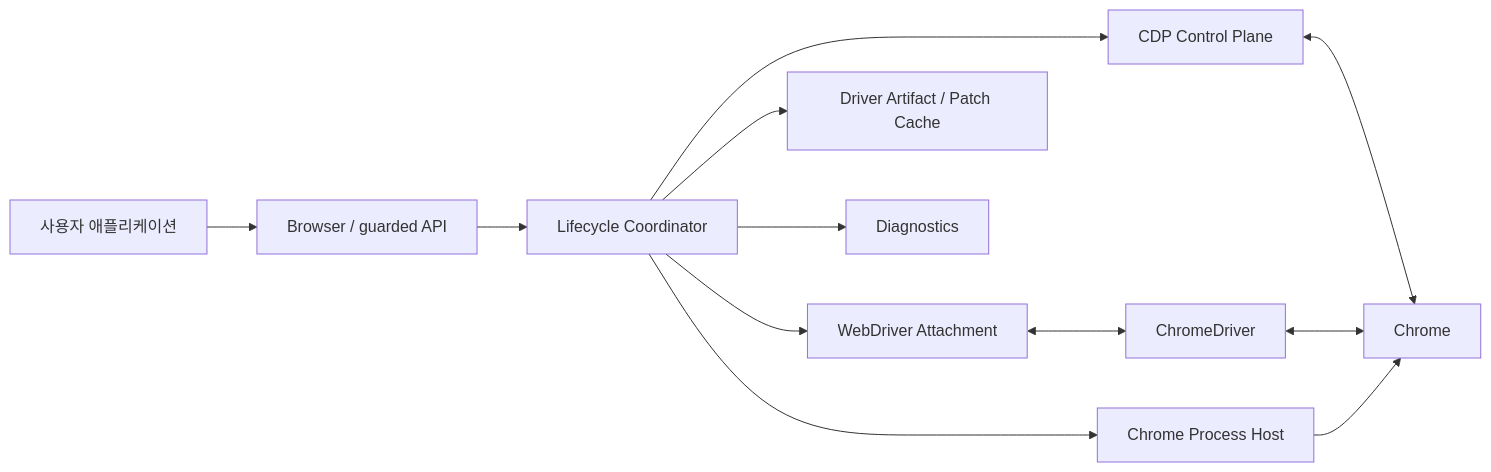
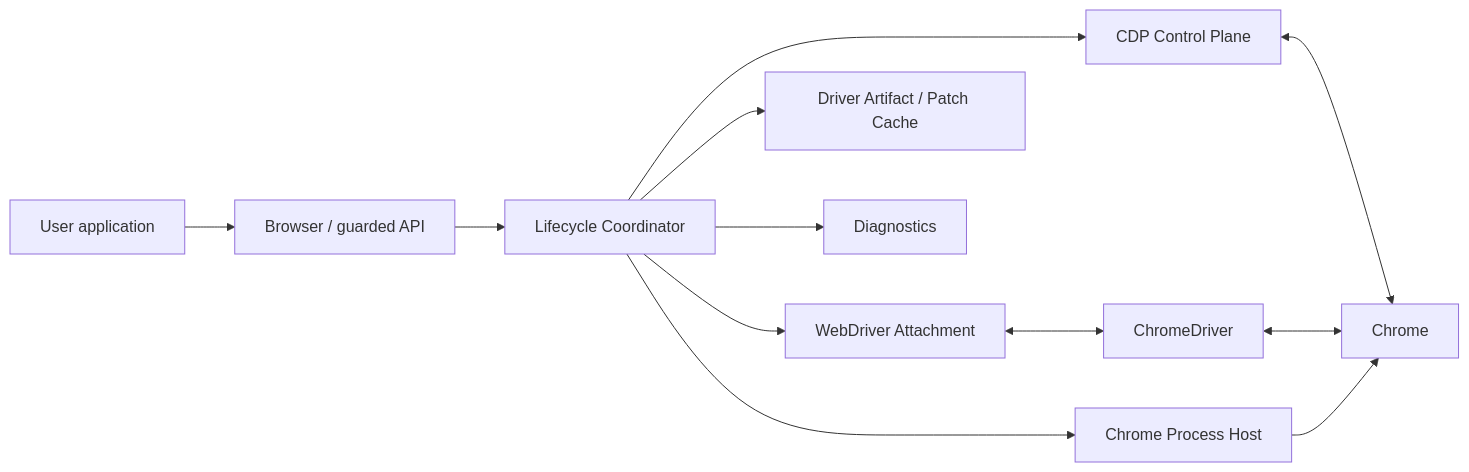
Before and after one commit to mete0rfish/BrowserDock: the first of 2 diagrams in docs/architecture.md, drawn with Mermaid. The commit also changed other lines of this file and 12 other files, not shown here.

````diff
--- a/docs/architecture.md
+++ b/docs/architecture.md
@@ -25,14 +25,14 @@
 ```mermaid
 flowchart LR
-    App[사용자 애플리케이션] --> API[Browser / guarded API]
+    App[User application] --> API[Browser / guarded API]
     API --> LC[Lifecycle Coordinator]
     LC --> Host[Chrome Process Host]
     LC --> CP[CDP Control Plane]
     LC --> WA[WebDriver Attachment]
     CP <--> Chrome[Chrome]
     WA <--> Driver[ChromeDriver]
     Driver <--> Chrome
     Host --> Chrome
     LC --> Patch[Driver Artifact / Patch Cache]
     LC --> Diag[Diagnostics]
 ```
````
